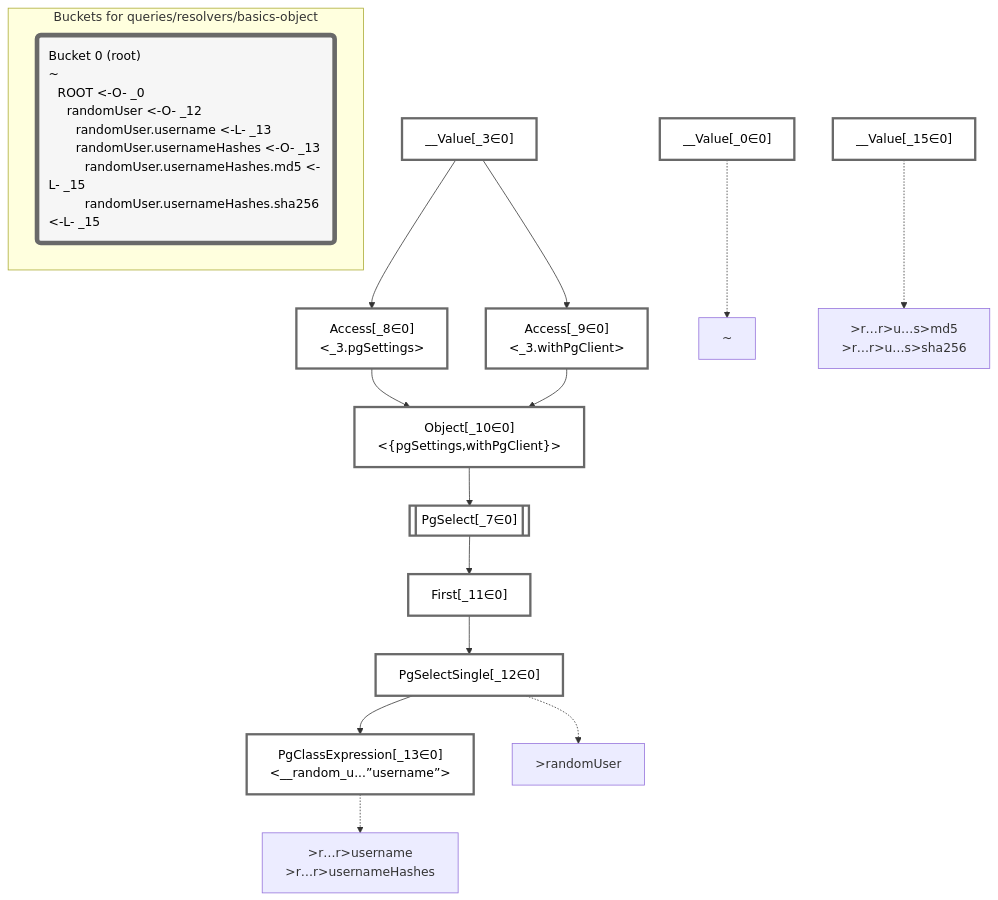
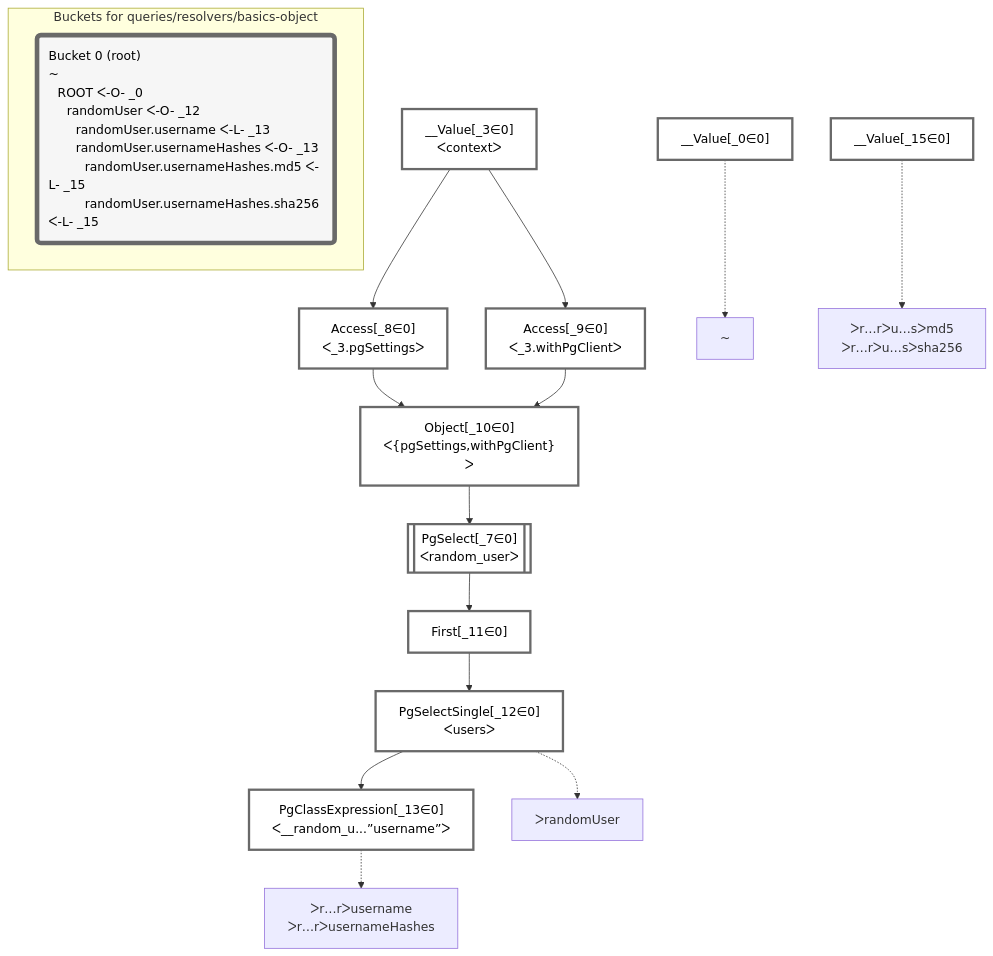
Before and after one commit to graphile/crystal: the diagram in packages/dataplan-pg/__tests__/queries/resolvers/basics-object.mermaid.md, drawn with Mermaid. The commit also changed 195 other files, not shown here.

````diff
--- a/packages/dataplan-pg/__tests__/queries/resolvers/basics-object.mermaid.md
+++ b/packages/dataplan-pg/__tests__/queries/resolvers/basics-object.mermaid.md
@@ -1,50 +1,50 @@
 ```mermaid
 graph TD
     classDef path fill:#eee,stroke:#000,color:#000
     classDef plan fill:#fff,stroke-width:3px,color:#000
     classDef itemplan fill:#fff,stroke-width:6px,color:#000
     classDef sideeffectplan fill:#f00,stroke-width:6px,color:#000
     classDef bucket fill:#f6f6f6,color:#000,stroke-width:6px,text-align:left
 
 
     %% define plans
     __Value_0["__Value[_0∈0]"]:::plan
-    __Value_3["__Value[_3∈0]<br /><context>"]:::plan
-    PgSelect_7[["PgSelect[_7∈0]<br /><random_user>"]]:::plan
-    Access_8["Access[_8∈0]<br /><_3.pgSettings>"]:::plan
-    Access_9["Access[_9∈0]<br /><_3.withPgClient>"]:::plan
-    Object_10["Object[_10∈0]<br /><{pgSettings,withPgClient}>"]:::plan
+    __Value_3["__Value[_3∈0]<br />ᐸcontextᐳ"]:::plan
+    PgSelect_7[["PgSelect[_7∈0]<br />ᐸrandom_userᐳ"]]:::plan
+    Access_8["Access[_8∈0]<br />ᐸ_3.pgSettingsᐳ"]:::plan
+    Access_9["Access[_9∈0]<br />ᐸ_3.withPgClientᐳ"]:::plan
+    Object_10["Object[_10∈0]<br />ᐸ{pgSettings,withPgClient}ᐳ"]:::plan
     First_11["First[_11∈0]"]:::plan
-    PgSelectSingle_12["PgSelectSingle[_12∈0]<br /><users>"]:::plan
-    PgClassExpression_13["PgClassExpression[_13∈0]<br /><__random_u...”username”>"]:::plan
+    PgSelectSingle_12["PgSelectSingle[_12∈0]<br />ᐸusersᐳ"]:::plan
+    PgClassExpression_13["PgClassExpression[_13∈0]<br />ᐸ__random_u...”username”ᐳ"]:::plan
     __Value_15["__Value[_15∈0]"]:::plan
 
     %% plan dependencies
     Object_10 --> PgSelect_7
     __Value_3 --> Access_8
     __Value_3 --> Access_9
     Access_8 --> Object_10
     Access_9 --> Object_10
     PgSelect_7 --> First_11
     First_11 --> PgSelectSingle_12
     PgSelectSingle_12 --> PgClassExpression_13
 
     %% plan-to-path relationships
     P_0["~"]
     __Value_0 -.-> P_0
-    P_12[">randomUser"]
+    P_12["ᐳrandomUser"]
     PgSelectSingle_12 -.-> P_12
-    P_13[">r…r>username<br />>r…r>usernameHashes"]
+    P_13["ᐳr…rᐳusername<br />ᐳr…rᐳusernameHashes"]
     PgClassExpression_13 -.-> P_13
-    P_15[">r…r>u…s>md5<br />>r…r>u…s>sha256"]
+    P_15["ᐳr…rᐳu…sᐳmd5<br />ᐳr…rᐳu…sᐳsha256"]
     __Value_15 -.-> P_15
 
     %% allocate buckets
     classDef bucket0 stroke:#696969
     class __Value_0,__Value_3,PgSelect_7,Access_8,Access_9,Object_10,First_11,PgSelectSingle_12,PgClassExpression_13,__Value_15 bucket0
 
     subgraph "Buckets for queries/resolvers/basics-object"
-    Bucket0("Bucket 0 (root)<br />~<br />⠀ROOT <-O- _0<br />⠀⠀randomUser <-O- _12<br />⠀⠀⠀randomUser.username <-L- _13<br />⠀⠀⠀randomUser.usernameHashes <-O- _13<br />⠀⠀⠀⠀randomUser.usernameHashes.md5 <-L- _15<br />⠀⠀⠀⠀randomUser.usernameHashes.sha256 <-L- _15"):::bucket
+    Bucket0("Bucket 0 (root)<br />~<br />⠀ROOT ᐸ-O- _0<br />⠀⠀randomUser ᐸ-O- _12<br />⠀⠀⠀randomUser.username ᐸ-L- _13<br />⠀⠀⠀randomUser.usernameHashes ᐸ-O- _13<br />⠀⠀⠀⠀randomUser.usernameHashes.md5 ᐸ-L- _15<br />⠀⠀⠀⠀randomUser.usernameHashes.sha256 ᐸ-L- _15"):::bucket
     style Bucket0 stroke:#696969
     end
 ```
````
